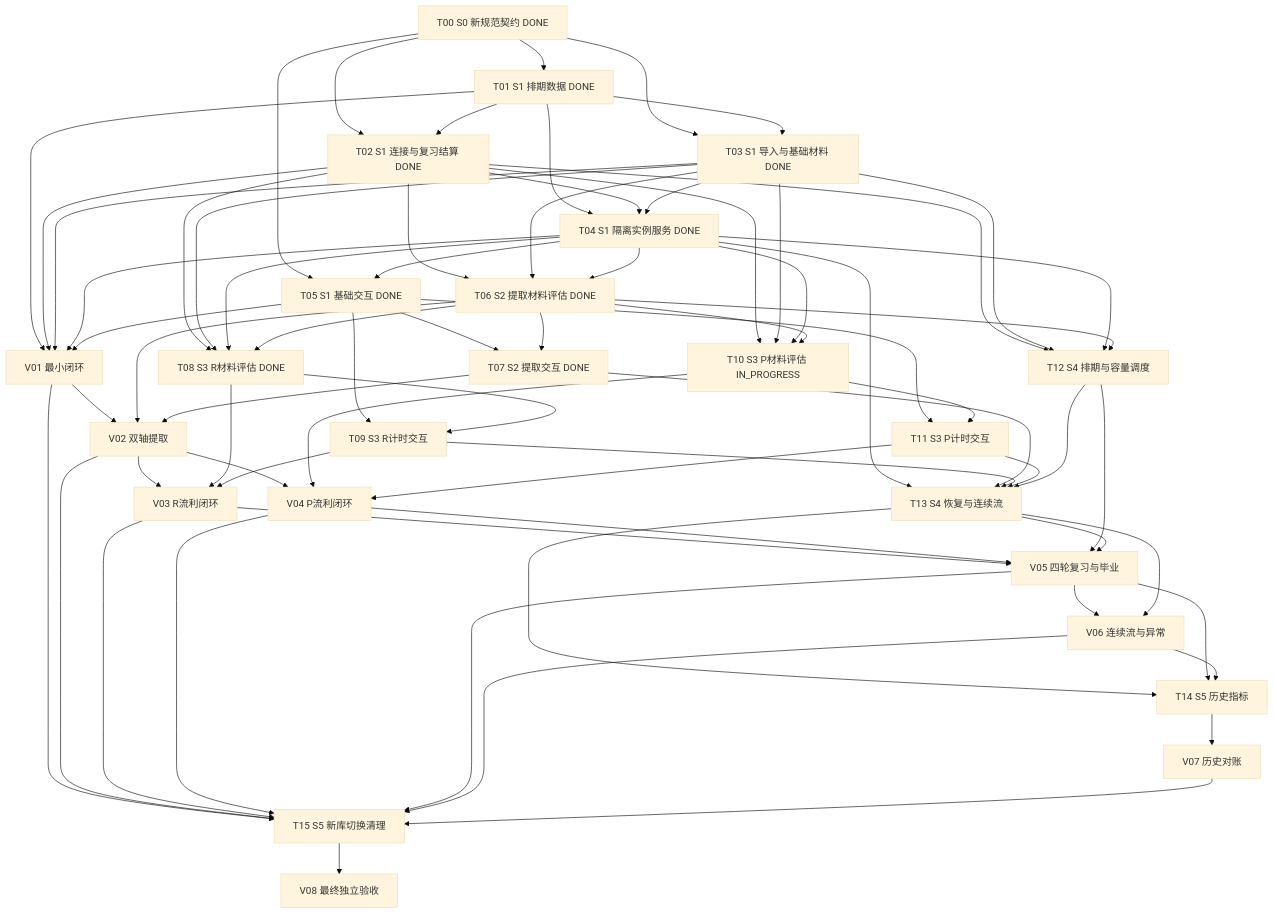
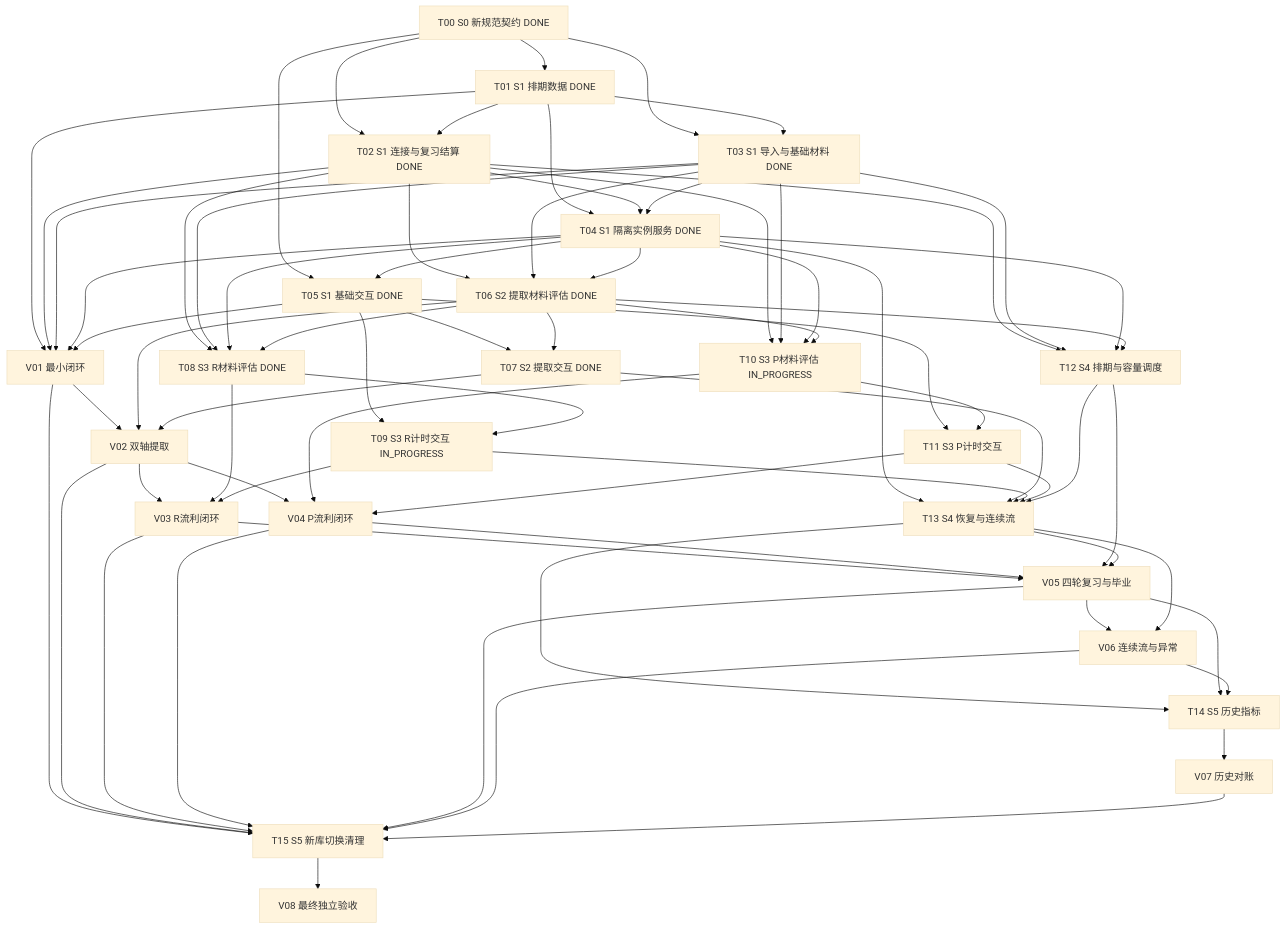
Before and after one commit to logact/flow: the diagram in docs/task-implementation-new-algorithm.md, drawn with Mermaid (base theme). The commit also changed other lines of this file and 1 other file, not shown here.

```diff
--- a/docs/task-implementation-new-algorithm.md
+++ b/docs/task-implementation-new-algorithm.md
@@ -345,7 +346,7 @@
   T07["T07 S2 提取交互 DONE"]
   V02["V02 双轴提取"]
   T08["T08 S3 R材料评估 DONE"]
-  T09["T09 S3 R计时交互"]
+  T09["T09 S3 R计时交互 IN_PROGRESS"]
   T10["T10 S3 P材料评估 IN_PROGRESS"]
   T11["T11 S3 P计时交互"]
   V03["V03 R流利闭环"]
```
